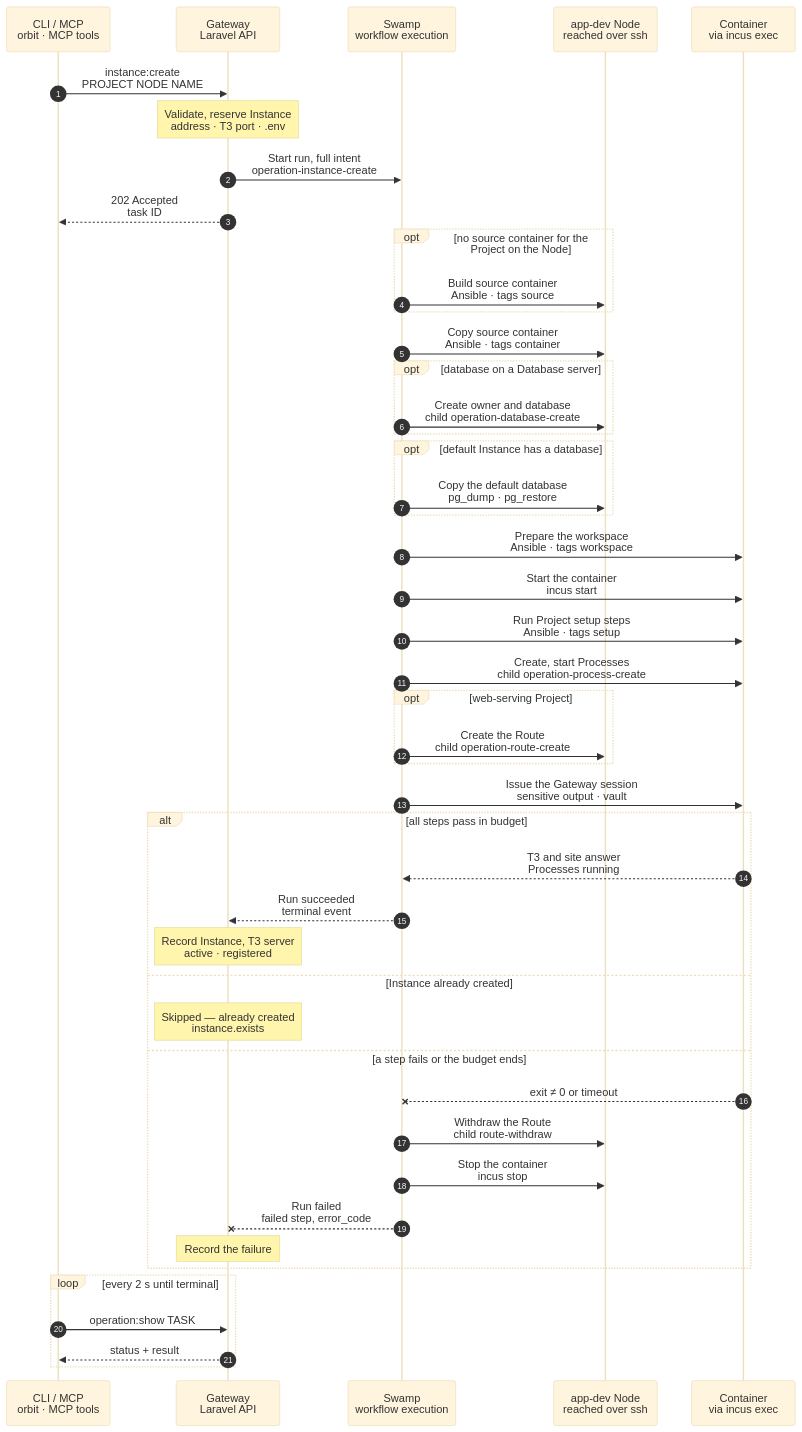
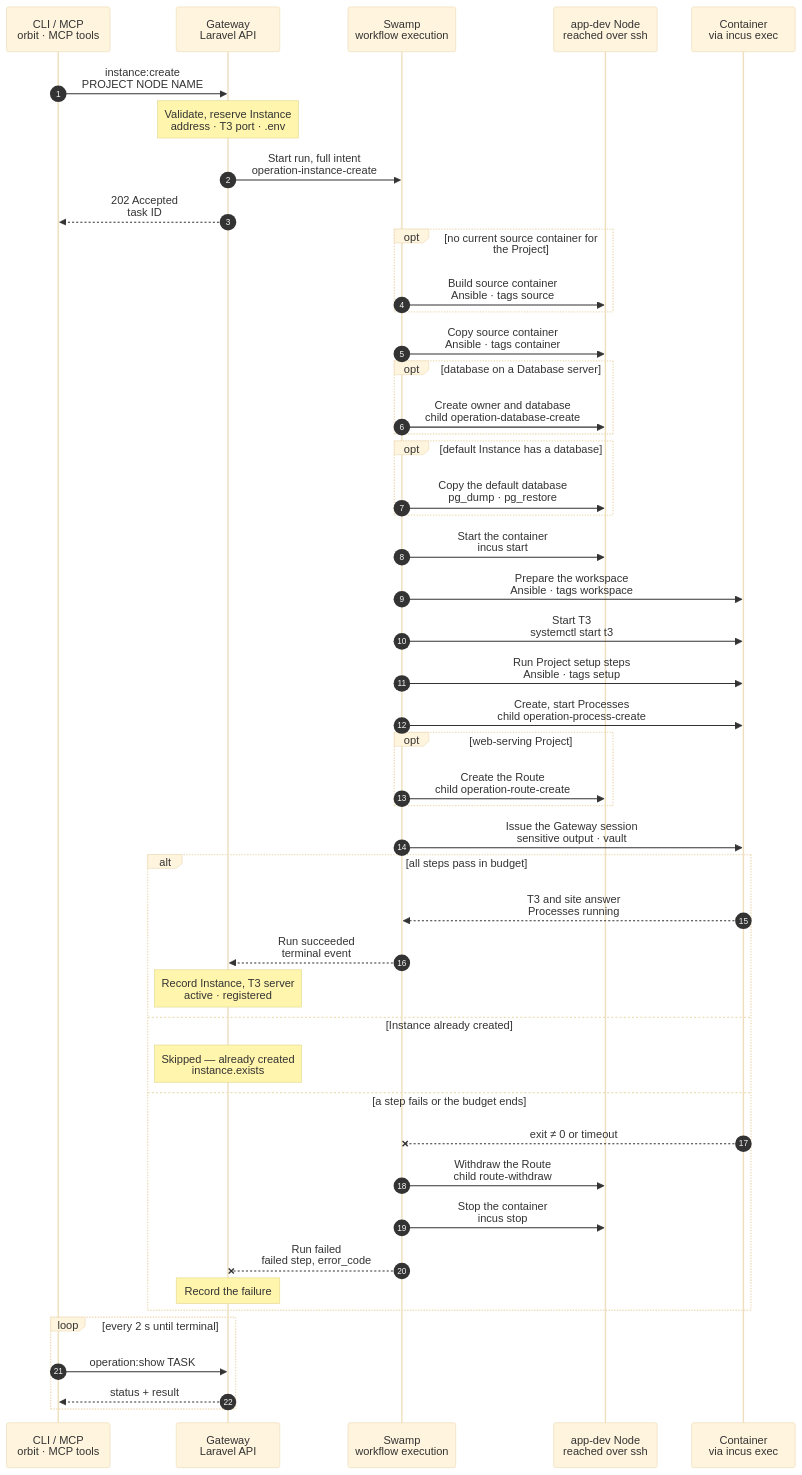
The diagram in docs/cli/instance/container/create.mmd (hardimpactdev/orbit), drawn with Mermaid (base theme) before and after one commit. The commit also changed 12 other files, not shown here.

```diff
--- a/docs/cli/instance/container/create.mmd
+++ b/docs/cli/instance/container/create.mmd
@@ -1,122 +1,130 @@
 sequenceDiagram
   %% Target design, container runtime (ADR 0250 step 6, docs/reference/development-containers.md): on an app-dev Node with `settings.apps.containers`, `instance:create` makes a container. The kind and its step names follow docs/cli/instance/create.mmd; the intent carries `runtime: container`. `--from` is drawn in container/copy.mmd.
   %% status: draft
   %% command: instance:create
   %% kind: instance.create
   autonumber
   %% lane CLI icon=terminal pill=caller tone=gray
   %% lane GW icon=gateway pill=intent tone=blue
   %% lane SW icon=workflow pill=executes tone=green
   %% lane N icon=server pill=target tone=amber
   %% lane C icon=server pill=target tone=purple
   participant CLI as CLI / MCP<br/>orbit · MCP tools
   participant GW as Gateway<br/>Laravel API
   participant SW as Swamp<br/>workflow execution
   participant N as app-dev Node<br/>reached over ssh
   participant C as Container<br/>via incus exec
   CLI->>GW: instance:create<br/>PROJECT NODE NAME
   %%> Command:
   %%> - `orbit instance:create PROJECT NODE NAME`
   %%> - syntax: `<project> <node> <name> [--root=PATH] [--domain=HOST] [--branch=BRANCH] [--database-server=SLUG] [--from=INSTANCE]`
   %%> Who calls it:
   %%> - the `orbit` CLI, the MCP tool, and Conn when a thread starts in an Orbit Project
   Note over GW: Validate, reserve Instance<br/>address · T3 port · .env
   %%> Requirements:
   %%> - the calling Node has node access to the target Node
   %%> - the target is an active `app-dev` Node with `settings.apps.containers`
-  %%> - a database server, when given, is on the same Node, else `instance.database_server_remote`
+  %%> - a database server, when given, is on the same Node, else `instance.database_server_remote` (open question 11 in the plan)
   %%> - no other change runs on the Instance; the Gateway holds one lock per Instance and holds the Route's Nodes
   %%> Result:
   %%> - the Instance is reserved with its runtime record: container name, bridge address, a free port from `t3_ports`, and its Route
   %%> - `.env` is rendered from the Project's env template; the placeholder model key and a repository read token go to the vault
+  %%> - the intent names the vault key where the run stores the new Gateway session for this T3 server
   %%> - a task is recorded with the full intent, `runtime: container`
   GW->>SW: Start run, full intent<br/>operation-instance-create
   GW-->>CLI: 202 Accepted<br/>task ID
-  opt no source container for the Project on the Node
+  opt no current source container for the Project
     SW->>N: Build source container<br/>Ansible · tags source
     %%> What it does:
-    %%> - launches `<project>-source` from the Node's image, fetches the default branch on the Node with the read token and pushes it in, and runs the Project setup steps as `orbit`
-    %%> - stops it; the T3 unit never starts in it, because it starts only when the Instance marker exists
+    %%> - launches `<project>-source-<commit>` from the Node's image, fetches the default branch on the Node with the read token and pushes it in
+    %%> - installs the dependencies from the lockfiles as `orbit`, with the install that a cold wake runs today; it runs no setup step, because there is no database and no `.env`
+    %%> - stops it; T3 never starts in it, because its unit starts only when `/etc/orbit/instance` exists
     %%> Why:
     %%> - every copy then starts T3 for the first time and makes its own identity
     %%> Once:
-    %%> - later creates on this Node reuse it; the Gateway records its commit
+    %%> - later creates reuse it; a rebuild makes a new one beside it (open question 8 in the plan)
   end
   SW->>N: Copy source container<br/>Ansible · tags container
   %%> What it does:
-  %%> - `incus copy` of `<project>-source` to the Instance's container, a ZFS clone
-  %%> - sets the bridge address, `limits.cpu` and `limits.memory`, the read-only idmapped mount of `/opt/orbit-agent`, and the T3 proxy device on the Node's WireGuard address and the Instance's port
+  %%> - `incus copy` of the current source container, a ZFS clone
+  %%> - sets the bridge address with `security.port_isolation`, so containers on the bridge cannot reach each other
+  %%> - sets `limits.cpu`, `limits.memory`, the read-only idmapped mount of `/opt/orbit-agent`, and the T3 proxy device on the Node's WireGuard address and the Instance's port
   %%> - adds the firewall route rule for that port; nothing else of the Node changes
   %%> Branch:
-  %%> - fetches the Instance's branch on the Node with the read token, or creates it from the default branch, and pushes it into the stopped copy; the token stays on the Node and is removed after the step
+  %%> - fetches the Instance's branch on the Node with the read token, or creates it from the default branch; the token stays on the Node and is removed after the step
   opt database on a Database server
     SW->>N: Create owner and database<br/>child operation-database-create
     %%> What it adds:
     %%> - the same steps as today; the server admits the Node's bridge for this role only
   end
   opt default Instance has a database
     SW->>N: Copy the default database<br/>pg_dump · pg_restore
     %%> Why before setup:
     %%> - the copy lands first, so setup migrates a copy, not an empty database
     %%> How:
     %%> - one consistent `pg_dump` of the default Instance's database while it runs, restored into the new database with `--no-owner --no-privileges`
   end
+  SW->>N: Start the container<br/>incus start
+  %%> What it does:
+  %%> - nftables, `hidepid` and the image's units start; T3 does not, because `/etc/orbit/instance` does not exist yet
   SW->>C: Prepare the workspace<br/>Ansible · tags workspace
-  %%> What it does, before the first start:
-  %%> - checks out the branch in `/srv/workspace` and sets the group, setgid bits and default ACLs
+  %%> What it does:
+  %%> - pushes the branch in and checks it out in `/srv/workspace`; sets the group, setgid bits and default ACLs
   %%> - writes `.env` for `orbit` with group `work`, and the placeholder key, Claude Code and Codex settings for `agent`
   %%> - links `~/.claude/CLAUDE.md` and `~/.codex/AGENTS.md` of `agent` to the note of the Project type
-  %%> - writes the Instance marker that lets the T3 unit start
-  SW->>C: Start the container<br/>incus start
+  %%> - writes `/etc/orbit/instance`, owned by root and readable by all: the Instance, its Project and its URL, which the note points to
+  SW->>C: Start T3<br/>systemctl start t3
   %%> What it does:
-  %%> - nftables, `hidepid`, T3 and the enabled units start with the container
   %%> - T3 starts for the first time and creates its identity
+  %%> - adds the T3 project `/srv/workspace` as `agent`, so a thread can start in it
   %%> Check:
   %%> - waits up to 30 s for `/.well-known/t3/environment`, else `instance.t3_unready`
   SW->>C: Run Project setup steps<br/>Ansible · tags setup
   %%> As whom:
   %%> - each step runs as `orbit` in the workspace, one after another; the first failure stops the run
   %%> When:
   %%> - a Project without setup steps runs no setup phase
   SW->>C: Create, start Processes<br/>child operation-process-create
   %%> What it does:
   %%> - each Process is a systemd unit in the container with `User=orbit`
   %%> Why after setup:
   %%> - Processes need the installed dependencies
   opt web-serving Project
     SW->>N: Create the Route<br/>child operation-route-create
     %%> What it adds:
+    %%> - the same steps as `route:create`, with its key and signature, then a TLS probe of the site
     %%> - the Node's Caddy proxies the Route to the web Process at the container's bridge address
     %%> - only an Orbit Process is ever a Route target, so a preview reaches only `orbit`
   end
   SW->>C: Issue the Gateway session<br/>sensitive output · vault
   %%> What it does:
-  %%> - see container/t3-register.mmd: `t3 auth session issue --label "Orbit Gateway"` as `agent`, stored in the vault; the run returns the environment id and URL
+  %%> - see container/t3-register.mmd: `t3 auth session issue --label "Orbit Gateway"` as `agent`, stored in the vault
+  %%> - the step itself checks the served environment id and the session's scopes; the run returns the environment id, URL and vault key
   alt all steps pass in budget
     C-->>SW: T3 and site answer<br/>Processes running
     SW-->>GW: Run succeeded<br/>terminal event
     Note over GW: Record Instance, T3 server<br/>active · registered
     %%> Result:
     %%> - the Instance, its runtime and its Route become active
-    %%> - the Conn layer records the T3 server with the registration checks; its Node is the container's Node and it names the Instance
+    %%> - the Conn layer records the T3 server from the result and moves its session from the vault; its Node is the container's Node and it names the Instance
   else Instance already created
     Note over GW: Skipped — already created<br/>instance.exists
     %%> Result:
     %%> - the Instance is active and its first setup finished, so no step runs
   else a step fails or the budget ends
     C--xSW: exit ≠ 0 or timeout
     SW->>N: Withdraw the Route<br/>child route-withdraw
     %%> When:
     %%> - only when the run published it
     SW->>N: Stop the container<br/>incus stop
     %%> What stays:
     %%> - the stopped container, its database and its runtime record, marked failed; `instance:destroy` removes them
     SW--xGW: Run failed<br/>failed step, error_code
     Note over GW: Record the failure
     %%> Retry:
     %%> - run the same command again; it resumes on the same container and database
   end
   loop every 2 s until terminal
     CLI->>GW: operation:show TASK
     GW-->>CLI: status + result
   end
```
